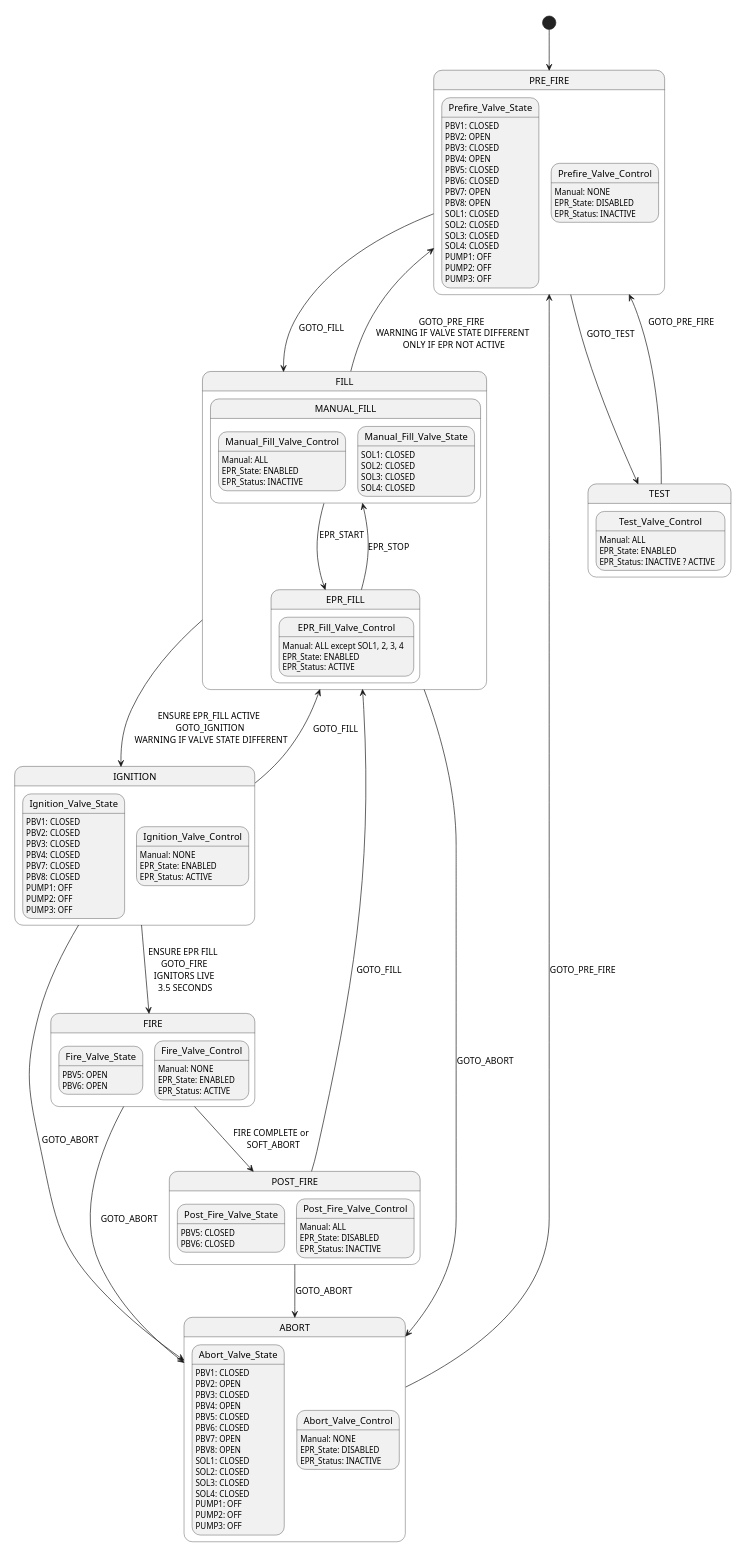
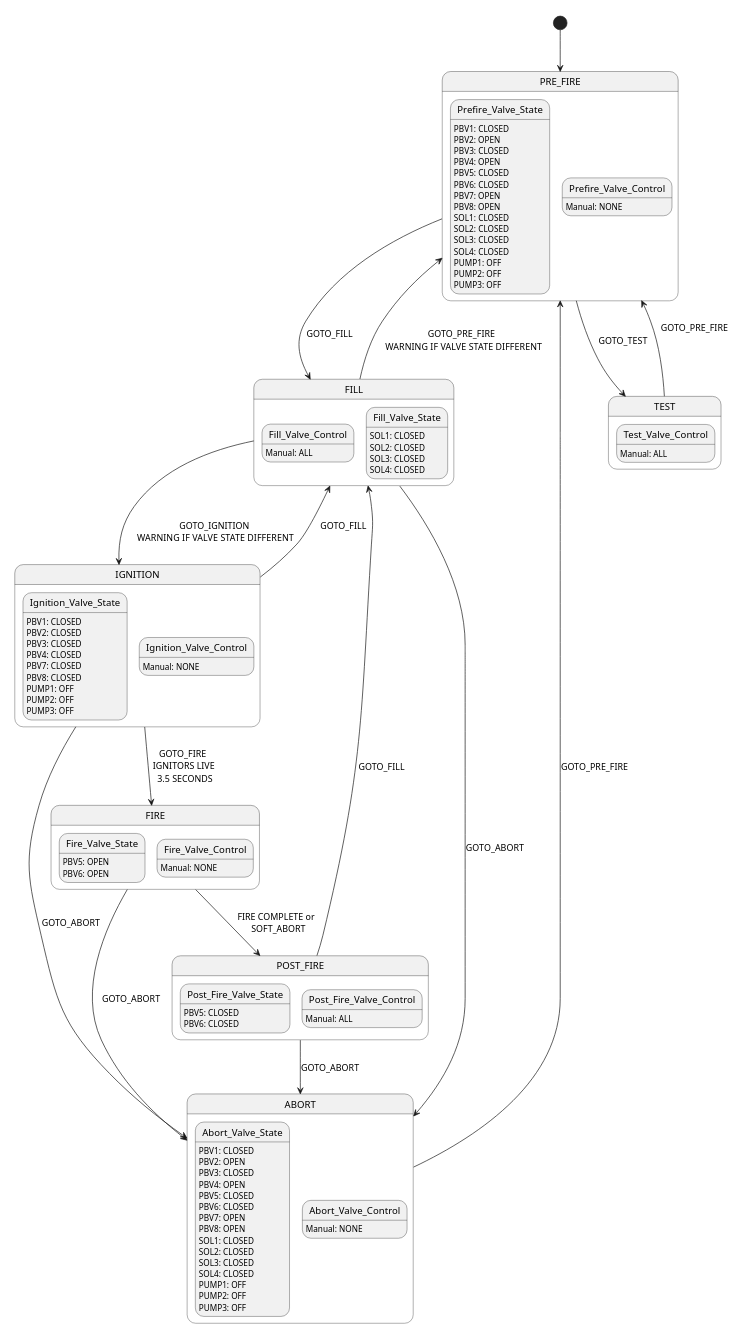
The diagram in stateMachine.plantuml (Bio-Rocket/LabJack), drawn with PlantUML before and after one commit.

Commit message:
removing epr

```diff
--- a/stateMachine.plantuml
+++ b/stateMachine.plantuml
@@ -1,133 +1,106 @@
 @startuml stateMachine
 scale 500 width
 [*] --> PRE_FIRE
 PRE_FIRE --> FILL : GOTO_FILL \n
 PRE_FIRE --> TEST : GOTO_TEST
-FILL --> IGNITION : ENSURE EPR_FILL ACTIVE \n GOTO_IGNITION \n WARNING IF VALVE STATE DIFFERENT
+FILL --> IGNITION : \n GOTO_IGNITION \n WARNING IF VALVE STATE DIFFERENT
 FILL --> ABORT : GOTO_ABORT
-FILL --> PRE_FIRE : GOTO_PRE_FIRE \n WARNING IF VALVE STATE DIFFERENT \n ONLY IF EPR NOT ACTIVE
-IGNITION --> FIRE : ENSURE EPR FILL \n GOTO_FIRE \n IGNITORS LIVE \n 3.5 SECONDS
+FILL --> PRE_FIRE : GOTO_PRE_FIRE \n WARNING IF VALVE STATE DIFFERENT
+IGNITION --> FIRE : GOTO_FIRE \n IGNITORS LIVE \n 3.5 SECONDS
 IGNITION --> ABORT : GOTO_ABORT
 IGNITION --> FILL : GOTO_FILL
 FIRE --> ABORT : GOTO_ABORT
 FIRE --> POST_FIRE : FIRE COMPLETE or \n SOFT_ABORT
 POST_FIRE --> FILL : GOTO_FILL
 POST_FIRE --> ABORT : GOTO_ABORT
 ABORT --> PRE_FIRE : GOTO_PRE_FIRE
 TEST --> PRE_FIRE : GOTO_PRE_FIRE \n\n
  
 state PRE_FIRE {
   state Prefire_Valve_State: PBV1: CLOSED
   state Prefire_Valve_State: PBV2: OPEN
   state Prefire_Valve_State: PBV3: CLOSED
   state Prefire_Valve_State: PBV4: OPEN
   state Prefire_Valve_State: PBV5: CLOSED
   state Prefire_Valve_State: PBV6: CLOSED
   state Prefire_Valve_State: PBV7: OPEN
   state Prefire_Valve_State: PBV8: OPEN
   state Prefire_Valve_State: SOL1: CLOSED
   state Prefire_Valve_State: SOL2: CLOSED
   state Prefire_Valve_State: SOL3: CLOSED
   state Prefire_Valve_State: SOL4: CLOSED
   state Prefire_Valve_State: PUMP1: OFF
   state Prefire_Valve_State: PUMP2: OFF
   state Prefire_Valve_State: PUMP3: OFF
  
   state Prefire_Valve_Control
   state Prefire_Valve_Control: Manual: NONE
-  state Prefire_Valve_Control: EPR_State: DISABLED
-  state Prefire_Valve_Control: EPR_Status: INACTIVE
 }
  
 state FILL {
-  state MANUAL_FILL {
-    state Manual_Fill_Valve_Control
-    state Manual_Fill_Valve_Control: Manual: ALL
-    state Manual_Fill_Valve_Control: EPR_State: ENABLED
-    state Manual_Fill_Valve_Control: EPR_Status: INACTIVE
+  state Fill_Valve_Control
+  state Fill_Valve_Control: Manual: ALL
 
-    state Manual_Fill_Valve_State: SOL1: CLOSED
-    state Manual_Fill_Valve_State: SOL2: CLOSED
-    state Manual_Fill_Valve_State: SOL3: CLOSED
-    state Manual_Fill_Valve_State: SOL4: CLOSED
-  }
- 
-  MANUAL_FILL ---> EPR_FILL : EPR_START \n\n
- 
-  state EPR_FILL {
-    state EPR_Fill_Valve_Control
-    state EPR_Fill_Valve_Control: Manual: ALL except SOL1, 2, 3, 4
-    state EPR_Fill_Valve_Control: EPR_State: ENABLED
-    state EPR_Fill_Valve_Control: EPR_Status: ACTIVE
-  }
- 
-  EPR_FILL ---> MANUAL_FILL : EPR_STOP
+  state Fill_Valve_State: SOL1: CLOSED
+  state Fill_Valve_State: SOL2: CLOSED
+  state Fill_Valve_State: SOL3: CLOSED
+  state Fill_Valve_State: SOL4: CLOSED
 }
  
 state IGNITION {
   state Ignition_Valve_State: PBV1: CLOSED
   state Ignition_Valve_State: PBV2: CLOSED
   state Ignition_Valve_State: PBV3: CLOSED
   state Ignition_Valve_State: PBV4: CLOSED
   state Ignition_Valve_State: PBV7: CLOSED
   state Ignition_Valve_State: PBV8: CLOSED
   state Ignition_Valve_State: PUMP1: OFF
   state Ignition_Valve_State: PUMP2: OFF
   state Ignition_Valve_State: PUMP3: OFF
 
   state Ignition_Valve_Control
   state Ignition_Valve_Control: Manual: NONE
-  state Ignition_Valve_Control: EPR_State: ENABLED
-  state Ignition_Valve_Control: EPR_Status: ACTIVE
 }
  
 state FIRE {
   state Fire_Valve_State: PBV5: OPEN
   state Fire_Valve_State: PBV6: OPEN
 
   state Fire_Valve_Control
   state Fire_Valve_Control: Manual: NONE
-  state Fire_Valve_Control: EPR_State: ENABLED
-  state Fire_Valve_Control: EPR_Status: ACTIVE
 }
 
 state POST_FIRE {
   state Post_Fire_Valve_State: PBV5: CLOSED
   state Post_Fire_Valve_State: PBV6: CLOSED
 
   state Post_Fire_Valve_Control
   state Post_Fire_Valve_Control: Manual: ALL
-  state Post_Fire_Valve_Control: EPR_State: DISABLED
-  state Post_Fire_Valve_Control: EPR_Status: INACTIVE
 } 
  
 state ABORT {
   state Abort_Valve_State: PBV1: CLOSED
   state Abort_Valve_State: PBV2: OPEN
   state Abort_Valve_State: PBV3: CLOSED
   state Abort_Valve_State: PBV4: OPEN
   state Abort_Valve_State: PBV5: CLOSED
   state Abort_Valve_State: PBV6: CLOSED
   state Abort_Valve_State: PBV7: OPEN
   state Abort_Valve_State: PBV8: OPEN
   state Abort_Valve_State: SOL1: CLOSED
   state Abort_Valve_State: SOL2: CLOSED
   state Abort_Valve_State: SOL3: CLOSED
   state Abort_Valve_State: SOL4: CLOSED
   state Abort_Valve_State: PUMP1: OFF
   state Abort_Valve_State: PUMP2: OFF
   state Abort_Valve_State: PUMP3: OFF
  
   state Abort_Valve_Control
   state Abort_Valve_Control: Manual: NONE
-  state Abort_Valve_Control: EPR_State: DISABLED
-  state Abort_Valve_Control: EPR_Status: INACTIVE
 }
  
 state TEST {
   state Test_Valve_Control
   state Test_Valve_Control: Manual: ALL
-  state Test_Valve_Control: EPR_State: ENABLED
-  state Test_Valve_Control: EPR_Status: INACTIVE ? ACTIVE
 }
 @enduml
```
